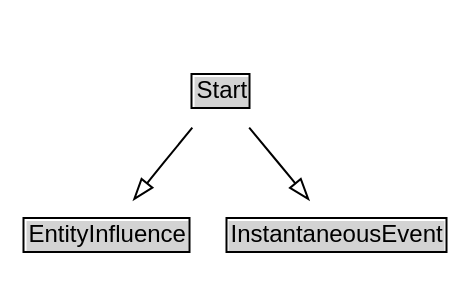
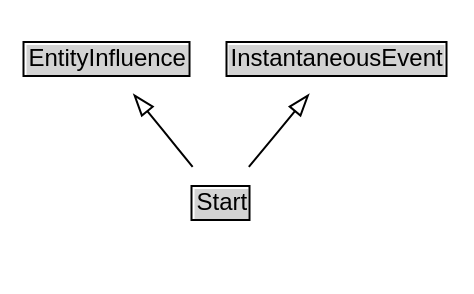
The diagram in docs/diagrams/Start.dot (k-vaughn/ontology-import-prov), drawn with Graphviz before and after one commit. The commit also changed 322 other files, not shown here.

```diff
--- a/docs/diagrams/Start.dot
+++ b/docs/diagrams/Start.dot
@@ -1,18 +1,21 @@
 // Diagram for Start
 digraph {
 	graph [overlap=false rankdir=TB splines=true]
 	node [fontname=Arial fontsize=12 margin=0 shape=none]
 	edge [fontname=Arial fontsize=11]
+	{
+		rank=source
+		EntityInfluence [label=<<TABLE BORDER="1" CELLBORDER="0" CELLSPACING="0" CELLPADDING="1"><TR><TD BGCOLOR="lightgray" ALIGN="CENTER">EntityInfluence</TD></TR></TABLE>> URL="../EntityInfluence" margin=0]
+		InstantaneousEvent [label=<<TABLE BORDER="1" CELLBORDER="0" CELLSPACING="0" CELLPADDING="1"><TR><TD BGCOLOR="lightgray" ALIGN="CENTER">InstantaneousEvent</TD></TR></TABLE>> URL="../InstantaneousEvent" margin=0]
+	}
 	Start [label=<<TABLE BORDER="1" CELLBORDER="0" CELLSPACING="0" CELLPADDING="1"><TR><TD BGCOLOR="lightgray" ALIGN="CENTER">Start</TD></TR></TABLE>> URL="../Start" margin=0]
 	{
 		rank=max
 	}
 	subgraph cluster_associated {
 		label="" style=invis
 		Invis [label=<<TABLE BORDER="0" CELLBORDER="0" CELLSPACING="0" CELLPADDING="1"><TR><TD></TD></TR></TABLE>> margin=0 style=invis]
 	}
-	EntityInfluence [label=<<TABLE BORDER="1" CELLBORDER="0" CELLSPACING="0" CELLPADDING="1"><TR><TD BGCOLOR="lightgray" ALIGN="CENTER">EntityInfluence</TD></TR></TABLE>> URL="../EntityInfluence" margin=0]
 	Start -> EntityInfluence [arrowhead=onormal style=solid]
-	InstantaneousEvent [label=<<TABLE BORDER="1" CELLBORDER="0" CELLSPACING="0" CELLPADDING="1"><TR><TD BGCOLOR="lightgray" ALIGN="CENTER">InstantaneousEvent</TD></TR></TABLE>> URL="../InstantaneousEvent" margin=0]
 	Start -> InstantaneousEvent [arrowhead=onormal style=solid]
 }
```
